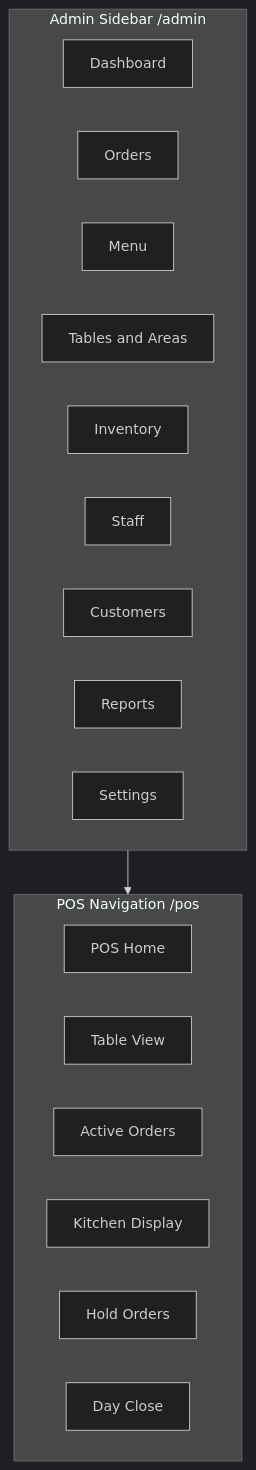
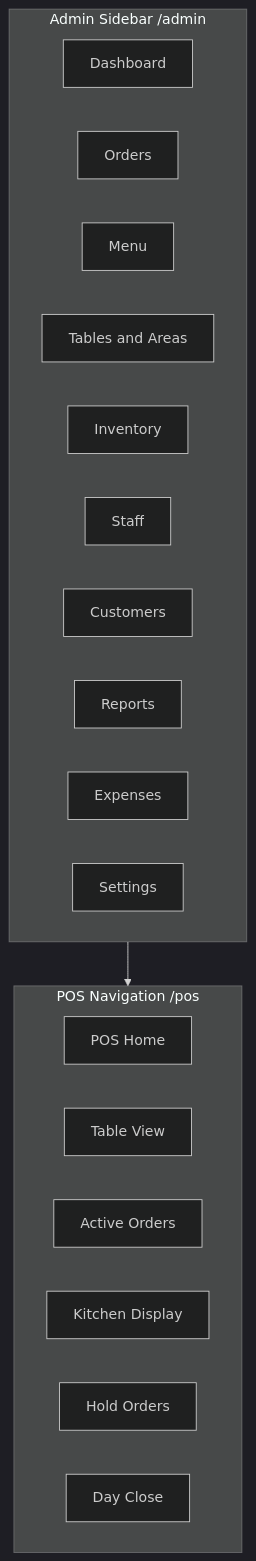
The first of 2 diagrams in plans/menus-and-navigation.md (HarshitAkbari/restaurant-management-system), drawn with Mermaid (dark theme) before and after one commit. The commit also changed other lines of this file and 289 other files, not shown here.

````diff
--- a/plans/menus-and-navigation.md
+++ b/plans/menus-and-navigation.md
@@ -14,25 +14,26 @@
 ```mermaid
 flowchart TB
     subgraph adminNav [Admin Sidebar /admin]
         Dash[Dashboard]
         Orders[Orders]
         Menu[Menu]
         Tables[Tables and Areas]
         Inventory[Inventory]
         Staff[Staff]
         Customers[Customers]
         Reports[Reports]
+        Expenses[Expenses]
         Settings[Settings]
     end
 
     subgraph posNav [POS Navigation /pos]
         PosHome[POS Home]
         PosTables[Table View]
         PosOrders[Active Orders]
         PosKitchen[Kitchen Display]
         PosHold[Hold Orders]
         PosDayClose[Day Close]
     end
 
     adminNav --> posNav
 ```
````
